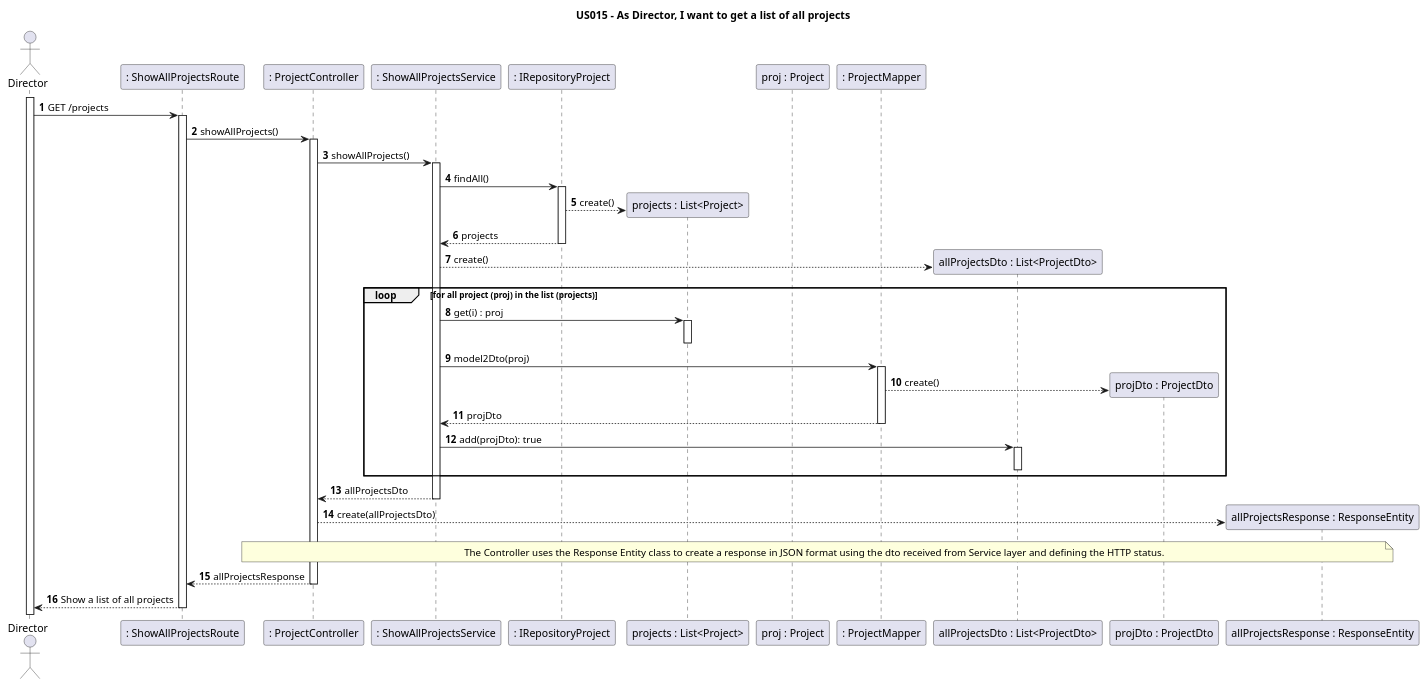
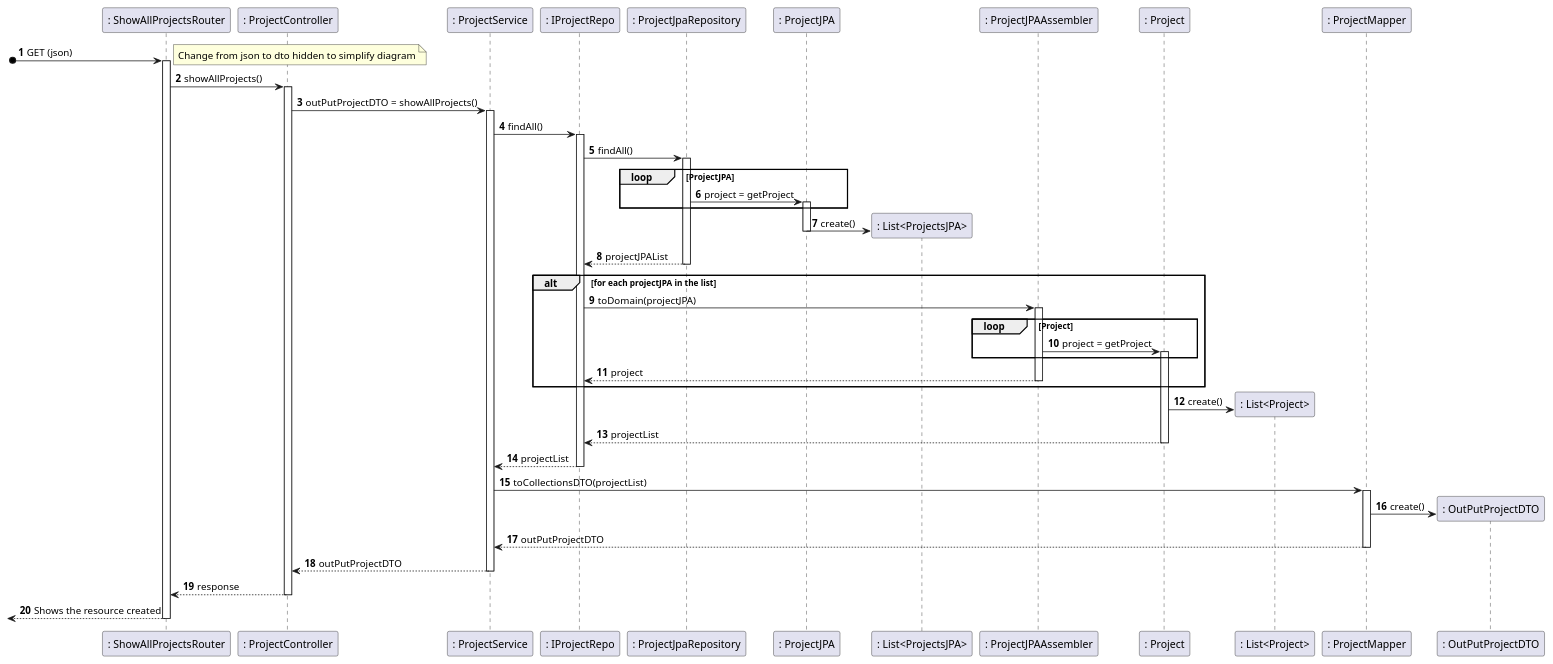
Before and after one commit to nunogon1211787/projectManagement: the diagram in docs/Sprint2/US015/US015-SD.puml, drawn with PlantUML. The commit also changed 28 other files, not shown here.

```diff
--- a/docs/Sprint2/US015/US015-SD.puml
+++ b/docs/Sprint2/US015/US015-SD.puml
@@ -1,64 +1,62 @@
 @startuml
 'https://plantuml.com/sequence-diagram
 
-title US015 - As Director, I want to get a list of all projects
-
 autonumber
-
-actor Director as actor
-participant ": ShowAllProjectsRoute" as Route
-participant ": ProjectController" as Ctrl
-participant ": ShowAllProjectsService" as Srv
-participant ": IRepositoryProject" as store
-participant "projects : List<Project>" as list
-participant "proj : Project" as proj
-participant ": ProjectMapper" as map
-participant "allProjectsDto : List<ProjectDto>" as listDto
-participant "projDto : ProjectDto" as dto
-participant "allProjectsResponse : ResponseEntity" as json
-
-activate actor
 autoactivate on
 
-actor -> Route: GET /projects
-
-Route -> Ctrl: showAllProjects()
-
-Ctrl -> Srv: showAllProjects()
-
-Srv -> store: findAll()
-
-store --> list**: create()
-
-store --> Srv: projects
-
-Srv --> listDto**: create()
-
-loop for all project (proj) in the list (projects)
-
-Srv -> list: get(i) : proj
-deactivate
-
-Srv -> map: model2Dto(proj)
-
-map --> dto**: create()
-
-map --> Srv : projDto
-
-Srv -> listDto: add(projDto): true
-deactivate
-
-end
-
-Srv --> Ctrl: allProjectsDto
-
-Ctrl --> json**: create(allProjectsDto)
-
-note over Ctrl, json : The Controller uses the Response Entity class to create a response in JSON format using the dto received from Service layer and defining the HTTP status.
-
-Ctrl --> Route: allProjectsResponse
-
-Route --> actor: Show a list of all projects
+participant ": ShowAllProjectsRouter" as Route
+participant ": ProjectController" as Ctrl
+participant ": ProjectService" as service
+participant ": IProjectRepo" as iProjectRepo
+participant ": ProjectJpaRepository" as projectJPARepository
+participant ": ProjectJPA" as projectJPA
+participant ": List<ProjectsJPA>" as list
+participant ": ProjectJPAAssembler" as assembler
+participant ": Project" as project
+participant ": List<Project>" as projectList
+participant ": ProjectMapper" as mapper
+participant ": OutPutProjectDTO" as outputDTO
 
 
+
+[o-> Route: GET (json)
+note right
+Change from json to dto hidden to simplify diagram
+end note
+Route -> Ctrl: showAllProjects()
+Ctrl -> service: outPutProjectDTO = showAllProjects()
+service -> iProjectRepo: findAll()
+iProjectRepo -> projectJPARepository: findAll()
+loop ProjectJPA
+projectJPARepository -> projectJPA: project = getProject
+end
+projectJPA -> list ** : create()
+deactivate
+projectJPARepository --> iProjectRepo: projectJPAList
+alt for each projectJPA in the list
+iProjectRepo -> assembler: toDomain(projectJPA)
+loop Project
+assembler -> project: project = getProject
+end
+assembler --> iProjectRepo: project
+end
+project -> projectList ** : create()
+deactivate
+project --> iProjectRepo: projectList
+iProjectRepo --> service: projectList
+service -> mapper: toCollectionsDTO(projectList)
+mapper -> outputDTO ** : create()
+mapper --> service: outPutProjectDTO
+service --> Ctrl: outPutProjectDTO
+
+
+
+
+
+
+
+
+
+Ctrl --> Route: response
+[<--Route : Shows the resource created
 @enduml
```
